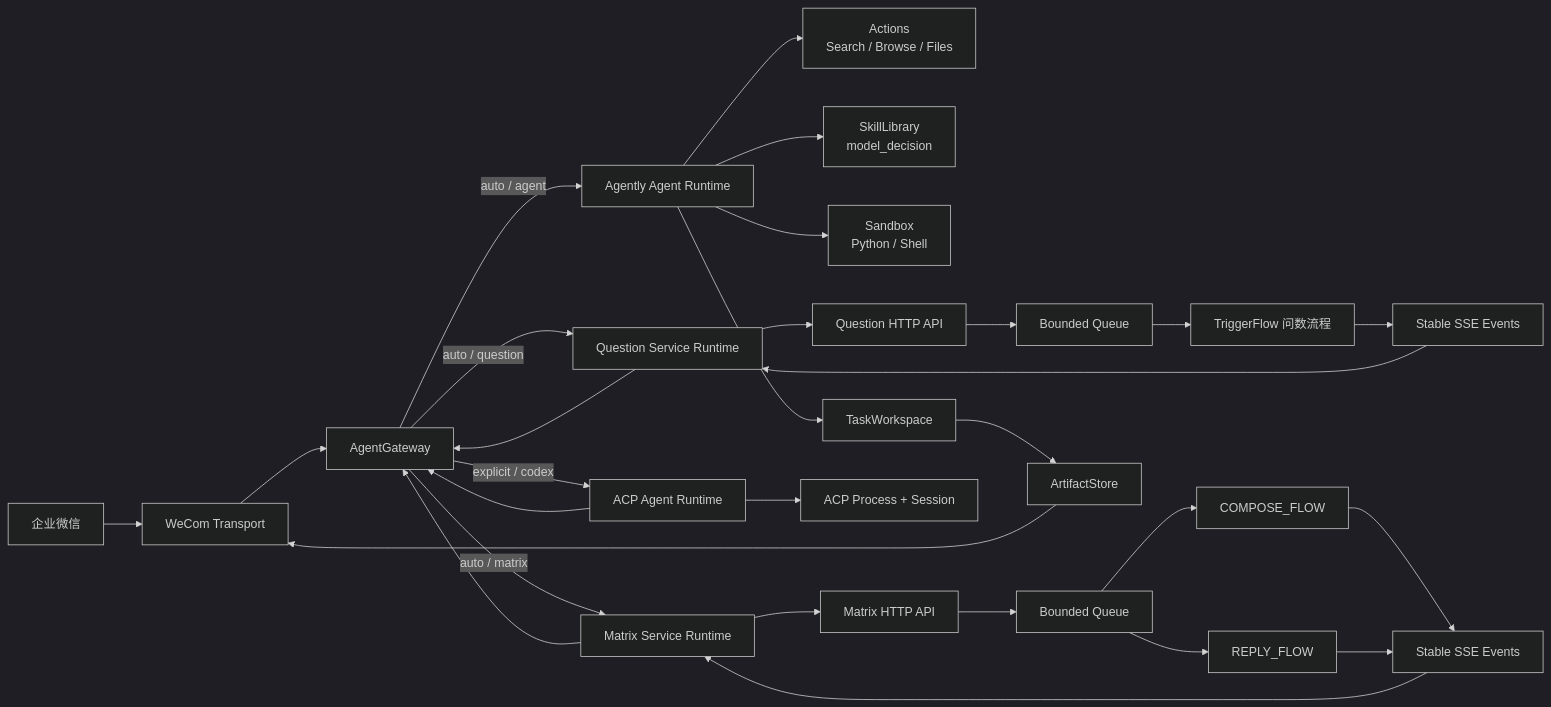
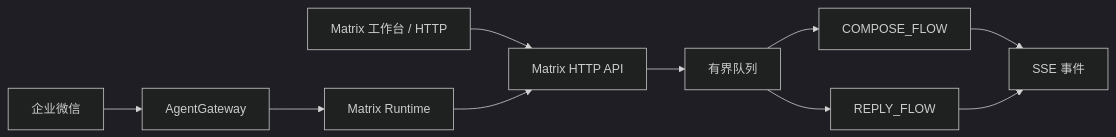
Before and after one commit to jiafuzeng/social_media_agents: the diagram in README.md, drawn with Mermaid (dark theme). The commit also changed other lines of this file, not shown here.

````diff
--- a/README.md
+++ b/README.md
@@ -28,37 +20,12 @@
 ```mermaid
 flowchart LR
-    IM["企业微信"] --> WT["WeCom Transport"]
-    WT --> GW["AgentGateway"]
-
-    GW -->|"auto / agent"| AR["Agently Agent Runtime"]
-    GW -->|"auto / question"| QR["Question Service Runtime"]
-    GW -->|"auto / matrix"| MR["Matrix Service Runtime"]
-    GW -->|"explicit / codex"| CR["ACP Agent Runtime"]
-
-    AR --> ACT["Actions<br/>Search / Browse / Files"]
-    AR --> SK["SkillLibrary<br/>model_decision"]
-    AR --> SB["Sandbox<br/>Python / Shell"]
-    AR --> TW["TaskWorkspace"]
-
-    QR --> HTTP["Question HTTP API"]
-    HTTP --> Q["Bounded Queue"]
-    Q --> TF["TriggerFlow 问数流程"]
-    TF --> SSE["Stable SSE Events"]
-    SSE --> QR
-
-    MR --> MHTTP["Matrix HTTP API"]
-    MHTTP --> MQ["Bounded Queue"]
+    UI["Matrix 工作台 / HTTP"] --> API["Matrix HTTP API"]
+    IM["企业微信"] --> GW["AgentGateway"]
+    GW --> MR["Matrix Runtime"]
+    API --> MQ["有界队列"]
     MQ --> CF["COMPOSE_FLOW"]
     MQ --> RF["REPLY_FLOW"]
-    CF --> MSSE["Stable SSE Events"]
-    RF --> MSSE
-    MSSE --> MR
-
-    CR --> ACP["ACP Process + Session"]
-
-    TW --> AS["ArtifactStore"]
-    AS --> WT
-    QR --> GW
-    MR --> GW
-    CR --> GW
+    CF --> SSE["SSE 事件"]
+    RF --> SSE
+    MR --> API
 ```
````
